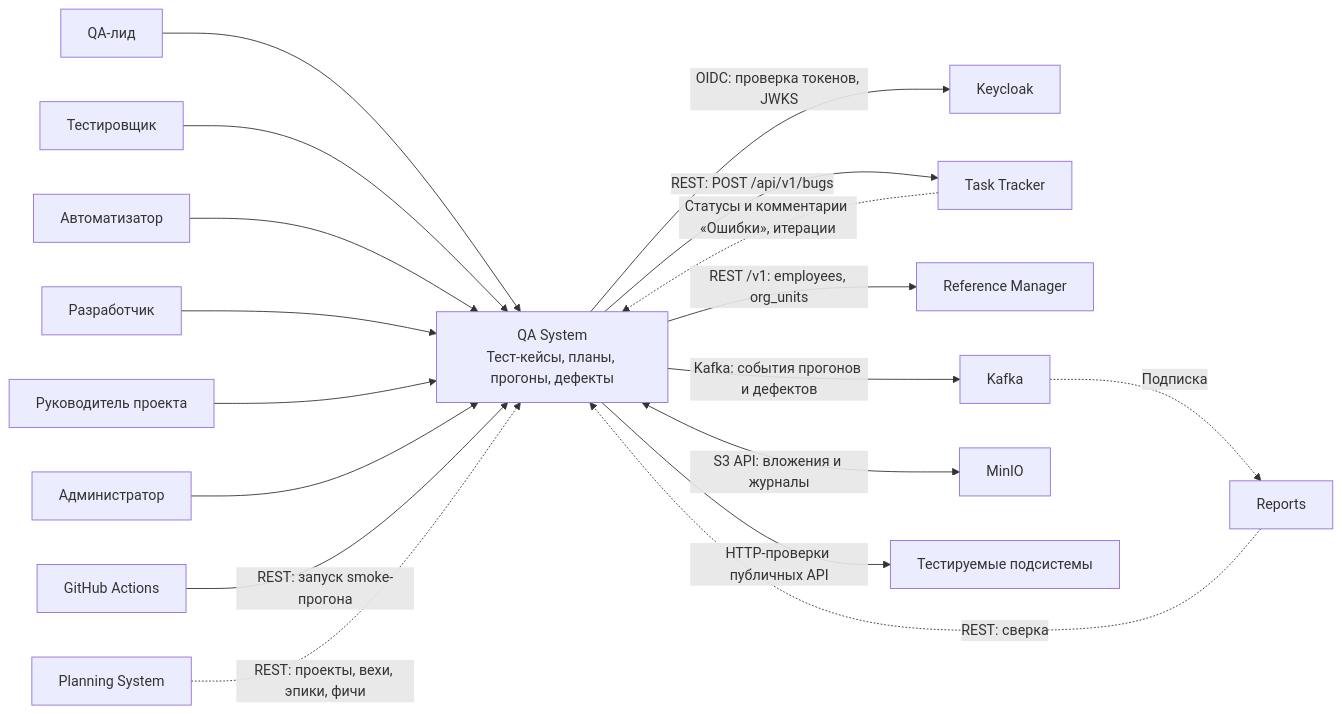
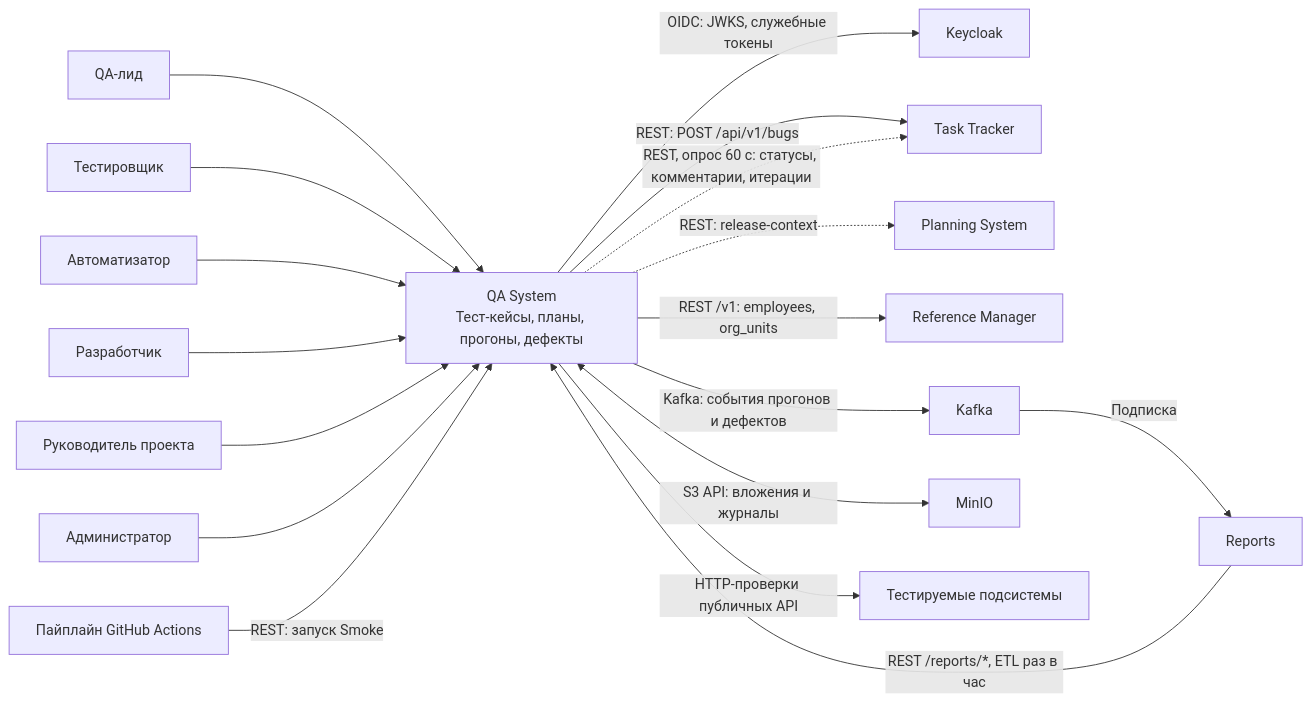
The diagram in qa/docs/020.system-context.md (MEPhI-C22-501/arch-info-system-monorepo), drawn with Mermaid before and after one commit. The commit also changed other lines of this file and 36 other files, not shown here.

````diff
--- a/qa/docs/020.system-context.md
+++ b/qa/docs/020.system-context.md
@@ -27,23 +27,23 @@
 ```mermaid
 flowchart LR
     QL["QA-лид"] --> QA
     TS["Тестировщик"] --> QA
     AU["Автоматизатор"] --> QA
     DV["Разработчик"] --> QA
     PM["Руководитель проекта"] --> QA
     AD["Администратор"] --> QA
 
     QA["QA System<br/>Тест-кейсы, планы, прогоны, дефекты"]
 
-    QA -->|"OIDC: проверка токенов, JWKS"| KC["Keycloak"]
-    CI["GitHub Actions"] -->|"REST: запуск smoke-прогона"| QA
+    QA -->|"OIDC: JWKS, служебные токены"| KC["Keycloak"]
+    CI["Пайплайн GitHub Actions"] -->|"REST: запуск Smoke"| QA
     QA -->|"REST: POST /api/v1/bugs"| TT["Task Tracker"]
-    TT -.->|"Статусы и комментарии «Ошибки», итерации"| QA
-    PS["Planning System"] -.->|"REST: проекты, вехи, эпики, фичи"| QA
+    QA -.->|"REST, опрос 60 с: статусы, комментарии, итерации"| TT
+    QA -.->|"REST: release-context"| PS["Planning System"]
     QA -->|"REST /v1: employees, org_units"| RM["Reference Manager"]
     QA -->|"Kafka: события прогонов и дефектов"| KF["Kafka"]
-    KF -.->|"Подписка"| REP["Reports"]
-    REP -.->|"REST: сверка"| QA
+    KF -->|"Подписка"| REP["Reports"]
+    REP -->|"REST /reports/*, ETL раз в час"| QA
     QA <-->|"S3 API: вложения и журналы"| S3["MinIO"]
     QA -->|"HTTP-проверки публичных API"| SUT["Тестируемые подсистемы"]
 ```
````
